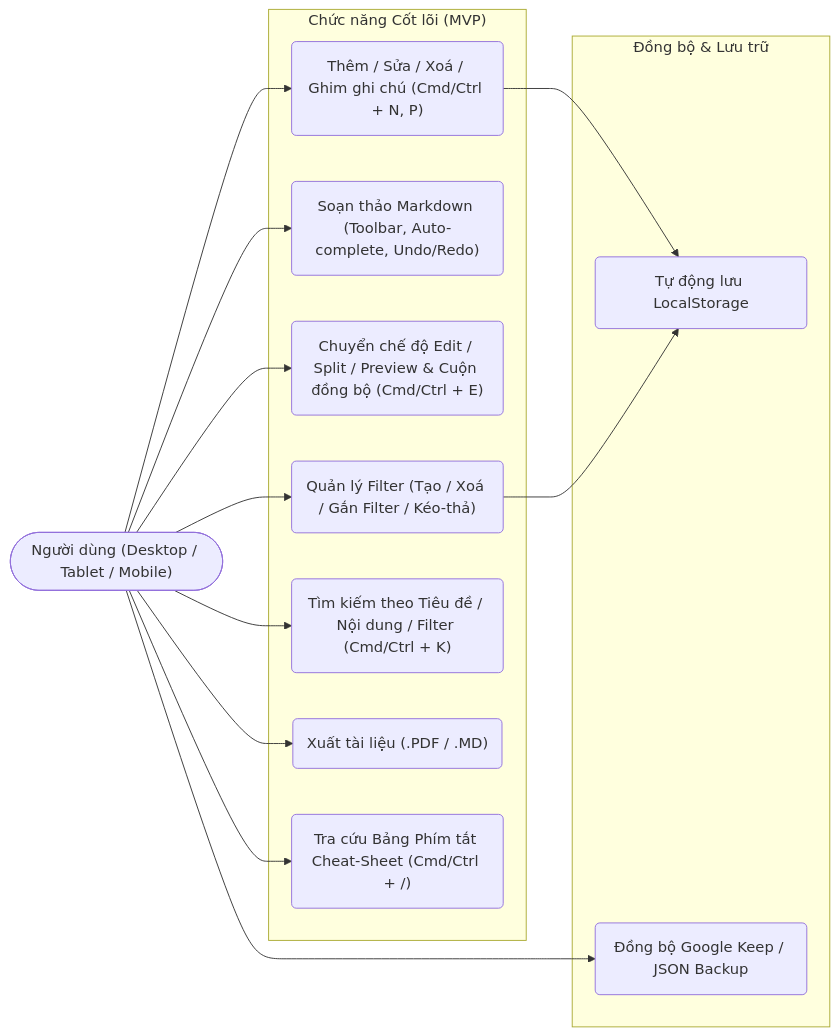
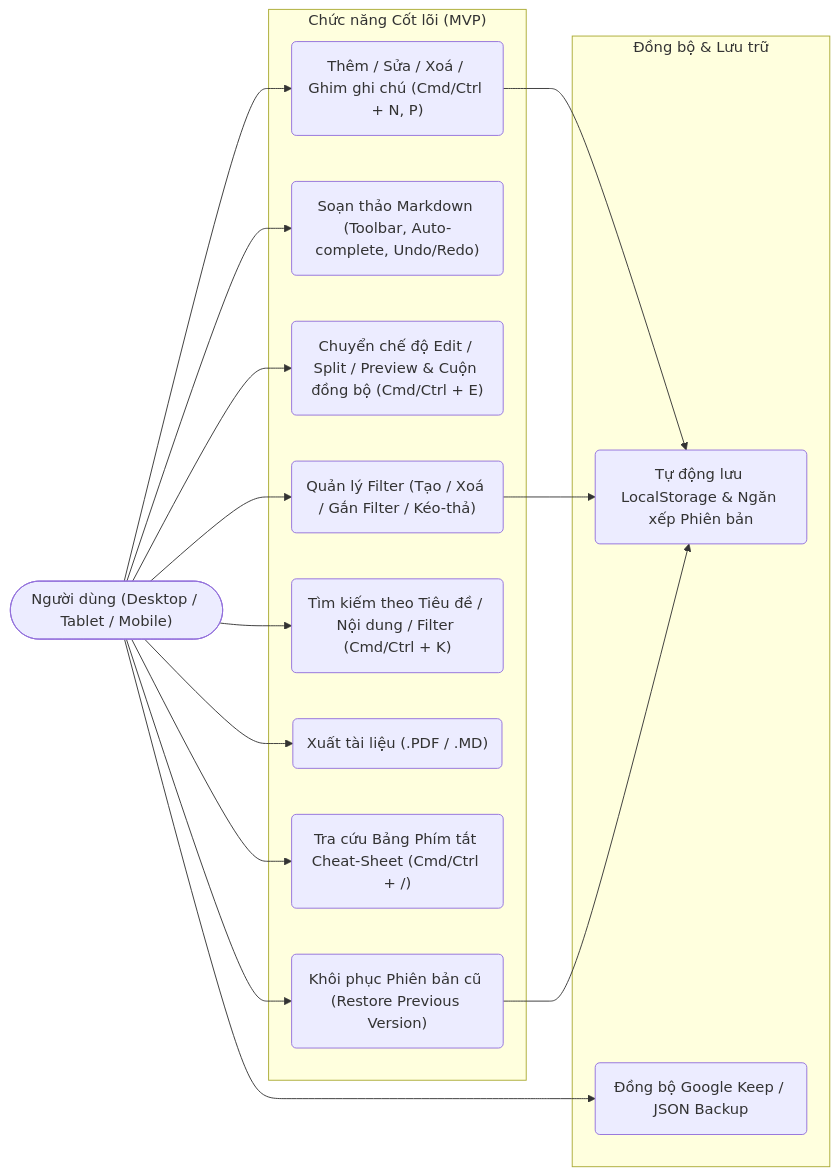
One commit to taro1026205/VibeNotes changed the first of 2 diagrams in README.md. Above: the diagram before and after it, drawn with Mermaid. The commit also changed other lines of this file and 12 other files, not shown here.

First line of the commit message:
feat: implement local note version history

````diff
--- a/README.md
+++ b/README.md
@@ -30,30 +30,33 @@
 ```mermaid
 flowchart LR
     User(["Người dùng (Desktop / Tablet / Mobile)"])
 
     subgraph Core["Chức năng Cốt lõi (MVP)"]
         UC1("Thêm / Sửa / Xoá / Ghim ghi chú (Cmd/Ctrl + N, P)")
         UC2("Soạn thảo Markdown (Toolbar, Auto-complete, Undo/Redo)")
         UC3("Chuyển chế độ Edit / Split / Preview & Cuộn đồng bộ (Cmd/Ctrl + E)")
         UC4("Quản lý Filter (Tạo / Xoá / Gắn Filter / Kéo-thả)")
         UC5("Tìm kiếm theo Tiêu đề / Nội dung / Filter (Cmd/Ctrl + K)")
         UC6("Xuất tài liệu (.PDF / .MD)")
         UC9("Tra cứu Bảng Phím tắt Cheat-Sheet (Cmd/Ctrl + /)")
+        UC10("Khôi phục Phiên bản cũ (Restore Previous Version)")
     end
 
     subgraph Sync["Đồng bộ & Lưu trữ"]
-        UC7("Tự động lưu LocalStorage")
+        UC7("Tự động lưu LocalStorage & Ngăn xếp Phiên bản")
         UC8("Đồng bộ Google Keep / JSON Backup")
     end
 
     User --> UC1
     User --> UC2
     User --> UC3
     User --> UC4
     User --> UC5
     User --> UC6
     User --> UC9
+    User --> UC10
     UC1 --> UC7
     UC4 --> UC7
+    UC10 --> UC7
     User --> UC8
 ```
````
